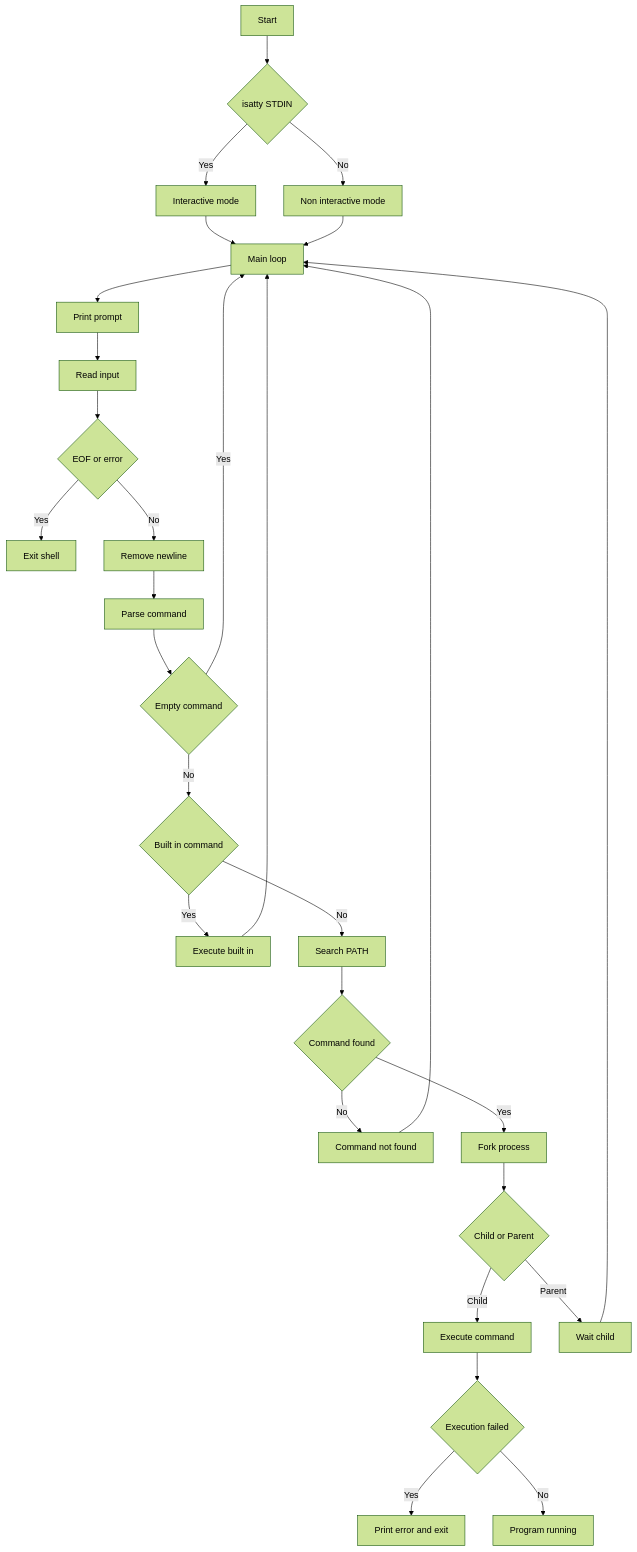
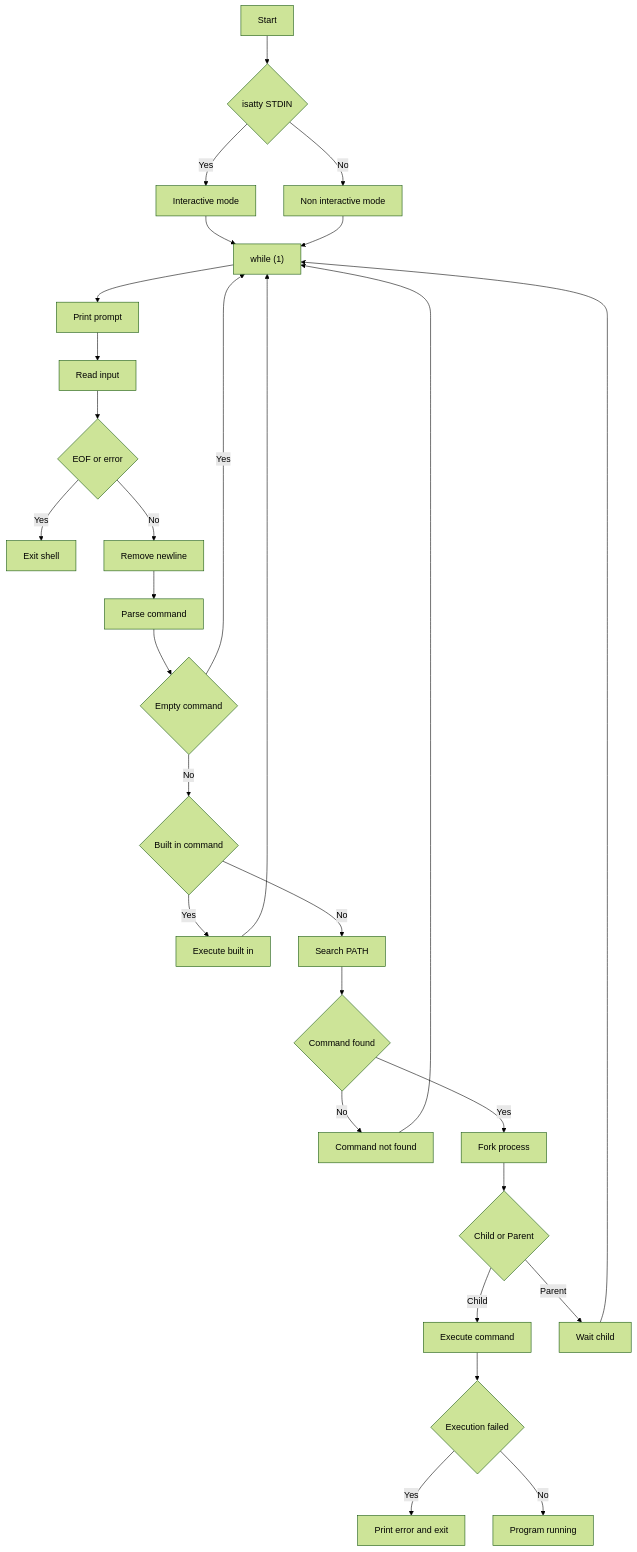
Before and after one commit to Gigi-Corlay/holbertonschool-simple_shell: the diagram in README.md, drawn with Mermaid (forest theme).

Commit message:
Update flowchart label in README

````diff
--- a/README.md
+++ b/README.md
@@ -56,43 +56,43 @@
 ```mermaid
 flowchart TD
     A[Start] --> B{isatty STDIN}
 
     B -- Yes --> C[Interactive mode]
     B -- No --> D[Non interactive mode]
 
-    C --> E[Main loop]
+    C --> E["while (1)"]
     D --> E
 
     E --> F[Print prompt]
     F --> G[Read input]
 
     G --> H{EOF or error}
     H -- Yes --> I[Exit shell]
     H -- No --> J[Remove newline]
 
     J --> K[Parse command]
 
     K --> L{Empty command}
     L -- Yes --> E
 
     L -- No --> M{Built in command}
     M -- Yes --> N[Execute built in]
     N --> E
 
     M -- No --> O[Search PATH]
 
     O --> P{Command found}
     P -- No --> Q[Command not found]
     Q --> E
 
     P -- Yes --> R[Fork process]
 
     R --> S{Child or Parent}
     S -- Child --> T[Execute command]
     T --> U{Execution failed}
     U -- Yes --> V[Print error and exit]
     U -- No --> W[Program running]
 
     S -- Parent --> X[Wait child]
     X --> E
 ```
````
